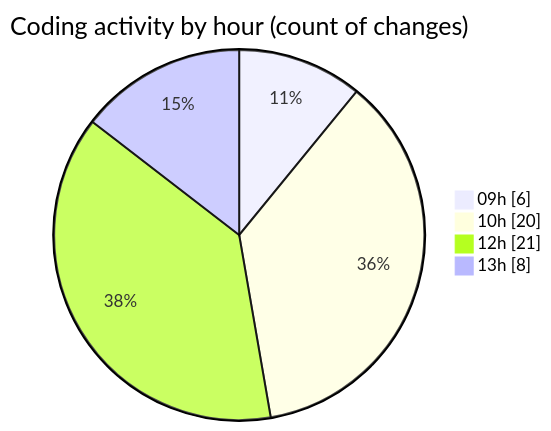
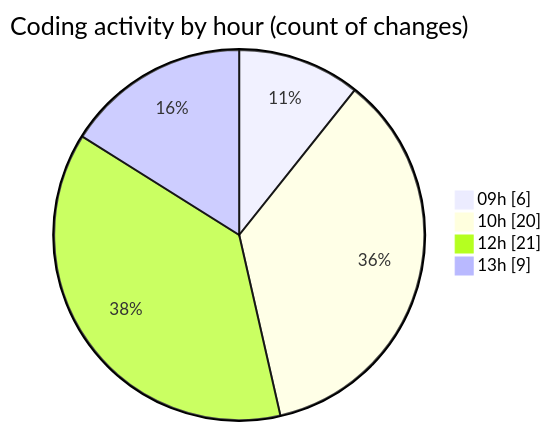
One commit to becaeroporto-bot/code-tracking changed the second of 2 diagrams in 2026-02-18/bot_v1_2/README.md. Above: the diagram before and after it, drawn with Mermaid. The commit also changed other lines of this file and 1 other file, not shown here.

````diff
--- a/2026-02-18/bot_v1_2/README.md
+++ b/2026-02-18/bot_v1_2/README.md
@@ -55,8 +55,8 @@
 ```mermaid
 pie showData
 title Coding activity by hour (count of changes)
 "09h" : 6
 "10h" : 20
 "12h" : 21
-"13h" : 8
+"13h" : 9
 ```
````
